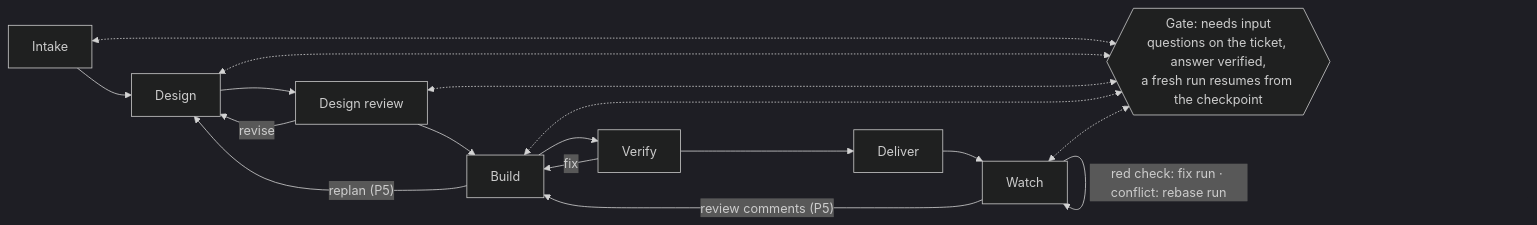
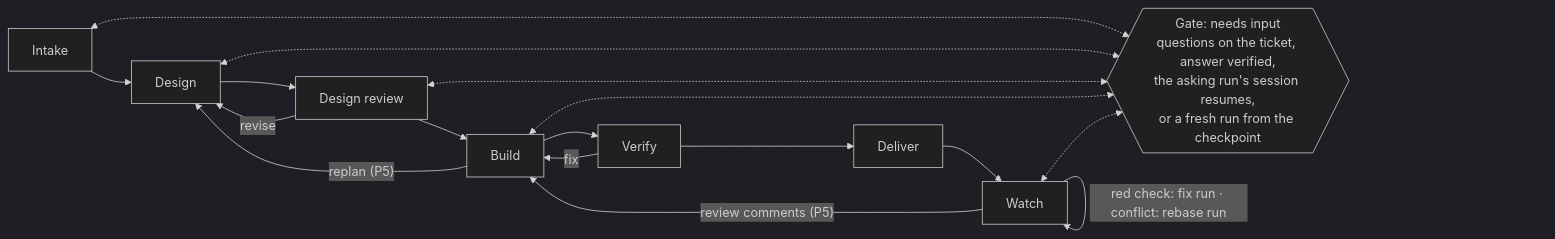
Before and after one commit to pitchopp/owlshift: the first of 2 diagrams in docs/design/architecture.md, drawn with Mermaid (dark theme). The commit also changed other lines of this file and 35 other files, not shown here.

First line of the commit message:
Resume the asking run's session after its questions are settled (OWL-394)

````diff
--- a/docs/design/architecture.md
+++ b/docs/design/architecture.md
@@ -74,15 +74,15 @@
 ```mermaid
 flowchart LR
     intake[Intake] --> design[Design] --> review[Design review] --> build[Build] --> verify[Verify] --> deliver[Deliver] --> watch[Watch]
     review -- revise --> design
     build -- "replan (P5)" --> design
     verify -- fix --> build
     watch -- "review comments (P5)" --> build
     watch -- "red check: fix run · conflict: rebase run" --> watch
-    gate{{"Gate: needs input<br/>questions on the ticket, answer verified,<br/>a fresh run resumes from the checkpoint"}}
+    gate{{"Gate: needs input<br/>questions on the ticket, answer verified,<br/>the asking run's session resumes,<br/>or a fresh run from the checkpoint"}}
     intake <-.-> gate
     design <-.-> gate
     review <-.-> gate
     build <-.-> gate
     watch <-.-> gate
 ```
````
